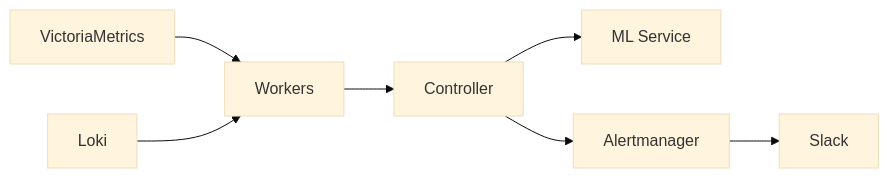
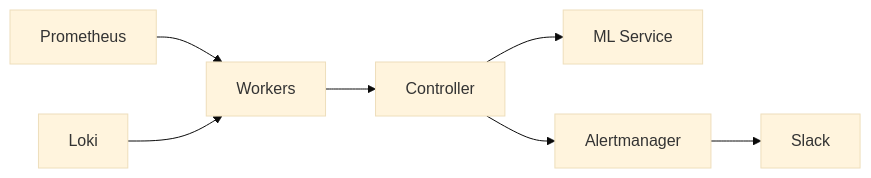
Before and after one commit to StaffOps/anomaly-detection: the diagram in docs/site/index.md, drawn with Mermaid (base theme). The commit also changed other lines of this file and 38 other files, not shown here.

````diff
--- a/docs/site/index.md
+++ b/docs/site/index.md
@@ -11,9 +11,9 @@
 ```mermaid
 graph LR
-    VM[VictoriaMetrics] --> W[Workers]
+    Prometheus[Prometheus] --> W[Workers]
     Loki --> W
     W --> C[Controller]
     C --> ML[ML Service]
     C --> AM[Alertmanager]
     AM --> Slack
 ```
````
